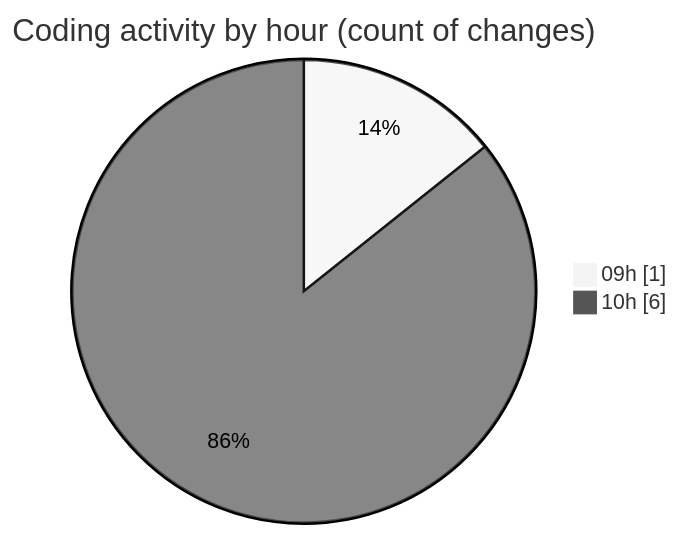
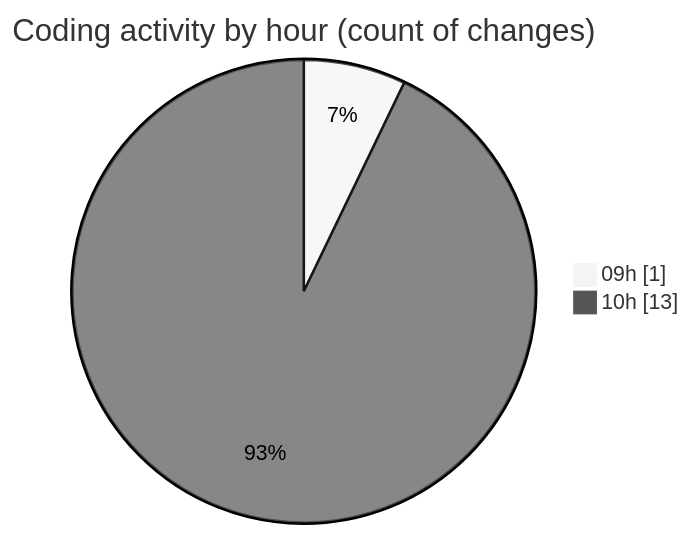
One commit to Elitesun/code-tracking changed the second of 2 diagrams in 2025-05-07/niten/README.md. Above: the diagram before and after it, drawn with Mermaid (neutral theme). The commit also changed other lines of this file and 1 other file, not shown here.

````diff
--- a/2025-05-07/niten/README.md
+++ b/2025-05-07/niten/README.md
@@ -33,6 +40,6 @@
 ```mermaid
 pie showData
 title Coding activity by hour (count of changes)
 "09h" : 1
-"10h" : 6
+"10h" : 13
 ```
````
